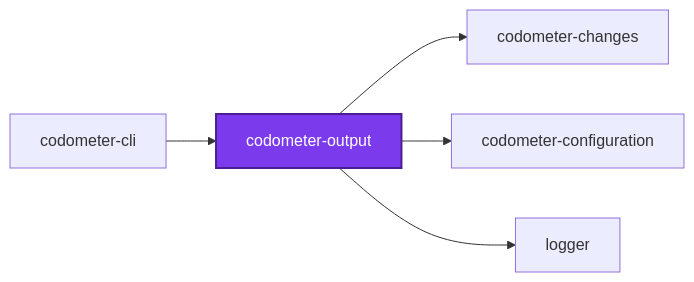
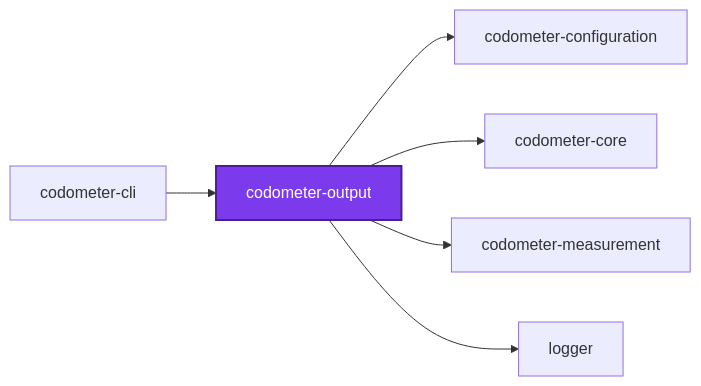
The first of 3 diagrams in packages/ic-suite/codometer/codometer-output/README.md (JimmyPaolini/codebase), drawn with Mermaid before and after one commit. The commit also changed other lines of this file and 268 other files, not shown here.

````diff
--- a/packages/ic-suite/codometer/codometer-output/README.md
+++ b/packages/ic-suite/codometer/codometer-output/README.md
@@ -121,14 +163,16 @@
 ```mermaid
 graph LR
-  codometer_changes["codometer-changes"]
   codometer_cli["codometer-cli"]
   codometer_configuration["codometer-configuration"]
+  codometer_core["codometer-core"]
+  codometer_measurement["codometer-measurement"]
   codometer_output["codometer-output"]
   logger["logger"]
   codometer_cli --> codometer_output
-  codometer_output --> codometer_changes
   codometer_output --> codometer_configuration
+  codometer_output --> codometer_core
+  codometer_output --> codometer_measurement
   codometer_output --> logger
   classDef subject fill:#7c3aed,color:#fff,stroke:#4c1d95,stroke-width:2px
   class codometer_output subject
 ```
````
